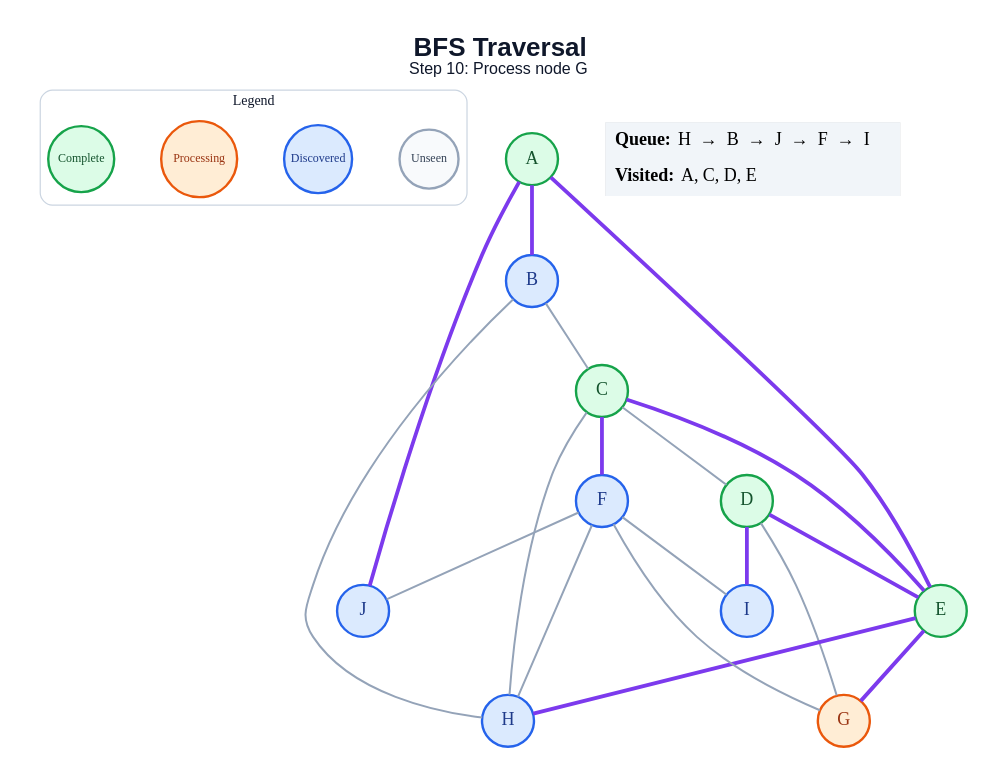
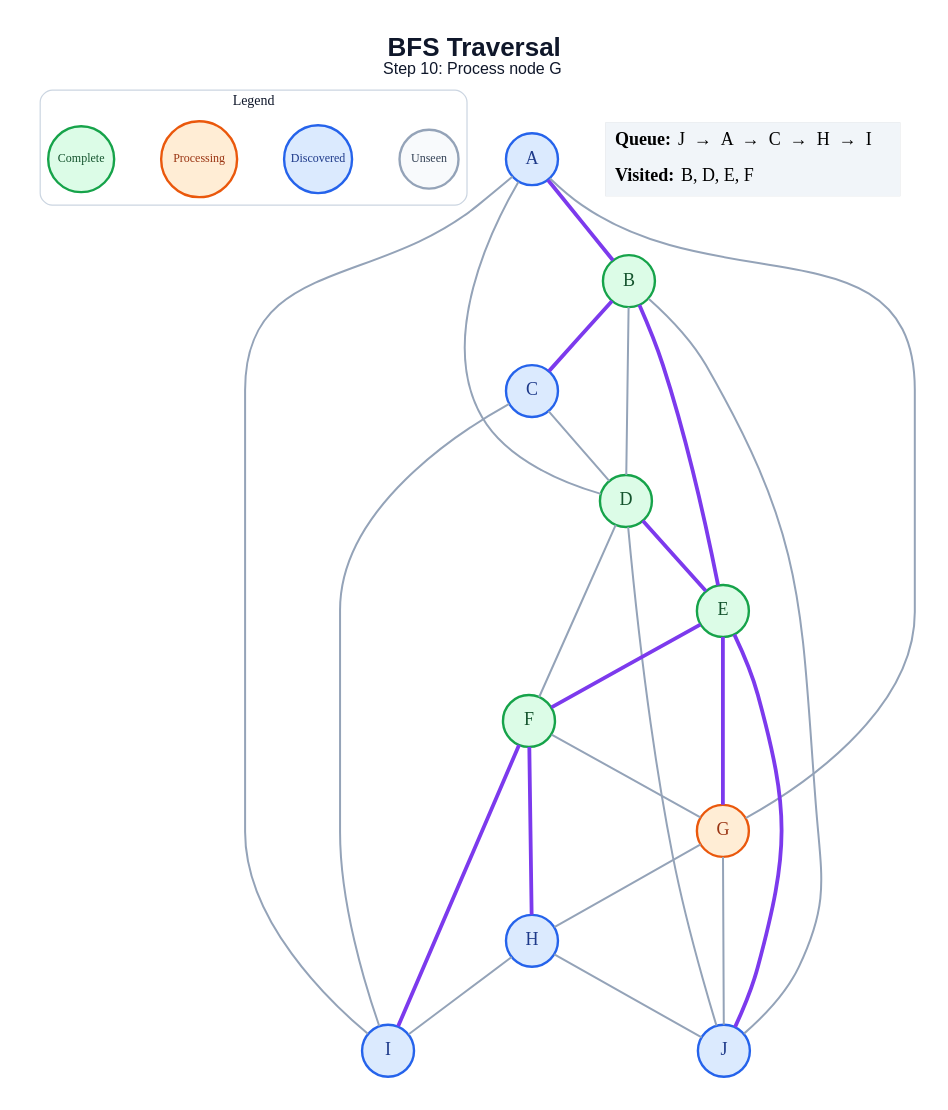
Before and after one commit to amanghodawala9/ai-slop: the diagram in generated/specific-node/bfs/step_10.dot, drawn with Graphviz. The commit also changed 178 other files, not shown here.

```diff
--- a/generated/specific-node/bfs/step_10.dot
+++ b/generated/specific-node/bfs/step_10.dot
@@ -1,47 +1,52 @@
 graph traversal {
   graph [layout=dot, rankdir=TB, bgcolor="#FFFFFF", pad="0.35", nodesep="0.65", ranksep="0.8", fontname="Arial"];
   node [shape=circle, style="filled", fontname="Arial Bold", fontsize=18, width=0.72, fixedsize=true, penwidth=2.4];
   edge [color="#94A3B8", penwidth=2.0];
   label=<<B>BFS Traversal</B><BR/><FONT POINT-SIZE="16">Step 10: Process node G</FONT>>; labelloc="t"; fontsize=26; fontname="Arial"; fontcolor="#0F172A";
   subgraph cluster_legend { label="Legend"; color="#CBD5E1"; penwidth=1.2; style="rounded"; fontsize=14; fontname="Arial Bold";
     key_unseen [label="Unseen", fillcolor="#F8FAFC", color="#94A3B8", fontcolor="#334155", fontsize=12, width=0.82];
     key_frontier [label="Discovered", fillcolor="#DBEAFE", color="#2563EB", fontcolor="#1E3A8A", fontsize=12, width=0.95];
     key_current [label="Processing", fillcolor="#FFEDD5", color="#EA580C", fontcolor="#9A3412", fontsize=12, width=1.05];
     key_done [label="Complete", fillcolor="#DCFCE7", color="#16A34A", fontcolor="#14532D", fontsize=12, width=0.92];
     { rank=same; key_unseen; key_frontier; key_current; key_done; }
   }
-  A [fillcolor="#DCFCE7", color="#16A34A", fontcolor="#14532D"];
-  B [fillcolor="#DBEAFE", color="#2563EB", fontcolor="#1E3A8A"];
-  C [fillcolor="#DCFCE7", color="#16A34A", fontcolor="#14532D"];
+  A [fillcolor="#DBEAFE", color="#2563EB", fontcolor="#1E3A8A"];
+  B [fillcolor="#DCFCE7", color="#16A34A", fontcolor="#14532D"];
+  C [fillcolor="#DBEAFE", color="#2563EB", fontcolor="#1E3A8A"];
   D [fillcolor="#DCFCE7", color="#16A34A", fontcolor="#14532D"];
   E [fillcolor="#DCFCE7", color="#16A34A", fontcolor="#14532D"];
-  F [fillcolor="#DBEAFE", color="#2563EB", fontcolor="#1E3A8A"];
+  F [fillcolor="#DCFCE7", color="#16A34A", fontcolor="#14532D"];
   G [fillcolor="#FFEDD5", color="#EA580C", fontcolor="#9A3412"];
   H [fillcolor="#DBEAFE", color="#2563EB", fontcolor="#1E3A8A"];
   I [fillcolor="#DBEAFE", color="#2563EB", fontcolor="#1E3A8A"];
   J [fillcolor="#DBEAFE", color="#2563EB", fontcolor="#1E3A8A"];
   A -- B [color="#7C3AED", penwidth=3.8];
-  A -- E [color="#7C3AED", penwidth=3.8];
-  A -- J [color="#7C3AED", penwidth=3.8];
-  B -- C;
-  B -- H;
+  A -- D;
+  A -- G;
+  A -- I;
+  B -- C [color="#7C3AED", penwidth=3.8];
+  B -- D;
+  B -- E [color="#7C3AED", penwidth=3.8];
+  B -- J;
   C -- D;
-  C -- E [color="#7C3AED", penwidth=3.8];
-  C -- F [color="#7C3AED", penwidth=3.8];
-  C -- H;
+  C -- I;
   D -- E [color="#7C3AED", penwidth=3.8];
-  D -- G;
-  D -- I [color="#7C3AED", penwidth=3.8];
+  D -- F;
+  D -- J;
+  E -- F [color="#7C3AED", penwidth=3.8];
   E -- G [color="#7C3AED", penwidth=3.8];
-  E -- H [color="#7C3AED", penwidth=3.8];
+  E -- J [color="#7C3AED", penwidth=3.8];
   F -- G;
-  F -- H;
-  F -- I;
-  F -- J;
+  F -- H [color="#7C3AED", penwidth=3.8];
+  F -- I [color="#7C3AED", penwidth=3.8];
+  G -- H;
+  G -- J;
+  H -- I;
+  H -- J;
   status [shape=plain, fixedsize=false, width=0, height=0, margin=0, label=<
     <TABLE BORDER="0" CELLBORDER="0" CELLPADDING="7" BGCOLOR="#F1F5F9">
-      <TR><TD ALIGN="LEFT"><B>Queue:</B> H  →  B  →  J  →  F  →  I</TD></TR>
-      <TR><TD ALIGN="LEFT"><B>Visited:</B> A, C, D, E</TD></TR>
+      <TR><TD ALIGN="LEFT"><B>Queue:</B> J  →  A  →  C  →  H  →  I</TD></TR>
+      <TR><TD ALIGN="LEFT"><B>Visited:</B> B, D, E, F</TD></TR>
     </TABLE>
   >];
 }
```
